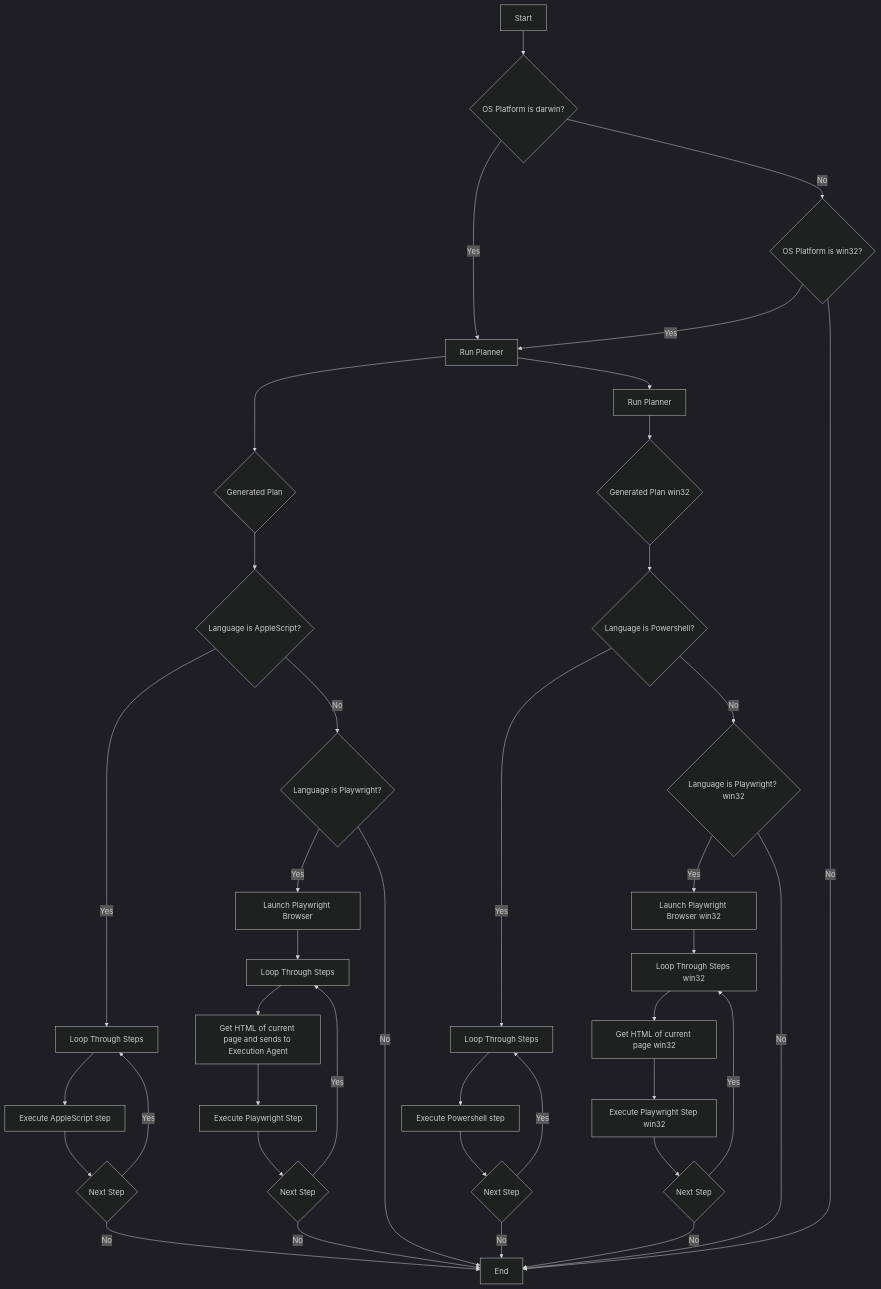
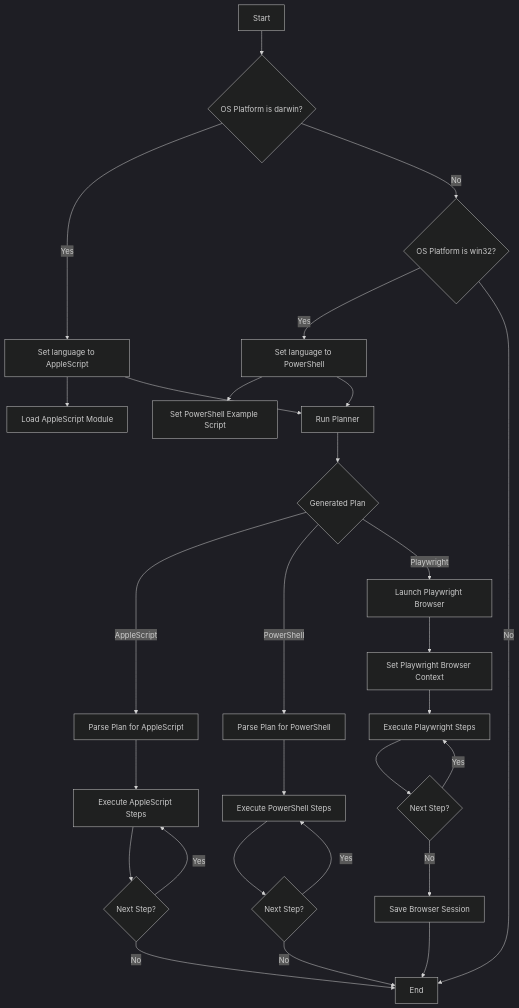
One commit to ChainedTears/Agent-SURF changed the diagram in README.md. Above: the diagram before and after it, drawn with Mermaid (dark theme).

````diff
--- a/README.md
+++ b/README.md
@@ -42,43 +42,38 @@
 ```mermaid
 graph TD
     A[Start] --> B{OS Platform is darwin?};
-    B -- Yes --> C[Run Planner];
-    B -- No --> J{OS Platform is win32?};
-     J -- Yes --> C;
-    J -- No --> Z[End];
-    C --> D{Generated Plan};
-    D --> E{Language is AppleScript?};
-    E -- Yes --> F[Loop Through Steps];
-    E -- No --> G{Language is Playwright?};
-    G -- Yes --> H[Launch Playwright Browser];
-    G -- No --> Z;
-    F --> I[Execute AppleScript step];
-     I--> K{Next Step};
-     K -- Yes --> F;
-     K -- No --> Z;
-    H --> L[Loop Through Steps];
-     L--> M[Get HTML of current page and sends to Execution Agent];
-     M --> N[Execute Playwright Step];
-     N --> O{Next Step};
-    O -- Yes --> L;
-    O -- No --> Z;
-     C-->P[Run Planner ];
-    P-->Q{Generated Plan win32};
-        Q --> R{Language is Powershell?};
-    R -- Yes --> S[Loop Through Steps ];
-    R -- No --> T{Language is Playwright? win32};
-     T -- Yes --> U[Launch Playwright Browser win32];
-        T -- No --> Z;
-    S --> V[Execute Powershell step];
-         V-->W{Next Step};
-         W -- Yes --> S;
-         W -- No --> Z;
-       U --> X[Loop Through Steps win32];
-       X--> Y[Get HTML of current page win32];
-       Y --> AA[Execute Playwright Step win32];
-        AA --> AB{Next Step};
-        AB -- Yes --> X;
-        AB -- No --> Z;
+    B -- Yes --> C[Set language to AppleScript];
+    C --> D[Load AppleScript Module];
+    B -- No --> E{OS Platform is win32?};
+    E -- Yes --> F[Set language to PowerShell];
+    F --> G[Set PowerShell Example Script];
+    E -- No --> Z[End];
     
+    C --> H[Run Planner];
+    F --> H;
+
+    H --> I{Generated Plan};
+    I -- AppleScript --> J[Parse Plan for AppleScript];
+    I -- PowerShell --> K[Parse Plan for PowerShell];
+    I -- Playwright --> L[Launch Playwright Browser];
+
+    J --> M[Execute AppleScript Steps];
+    K --> N[Execute PowerShell Steps];
+    L --> O[Set Playwright Browser Context];
+
+    M --> P{Next Step?};
+    P -- Yes --> M;
+    P -- No --> Z;
+
+    N --> Q{Next Step?};
+    Q -- Yes --> N;
+    Q -- No --> Z;
+
+    O --> R[Execute Playwright Steps];
+    R --> S{Next Step?};
+    S -- Yes --> R;
+    S -- No --> T[Save Browser Session];
+
+    T --> Z;
     Z[End];
 ```
````
